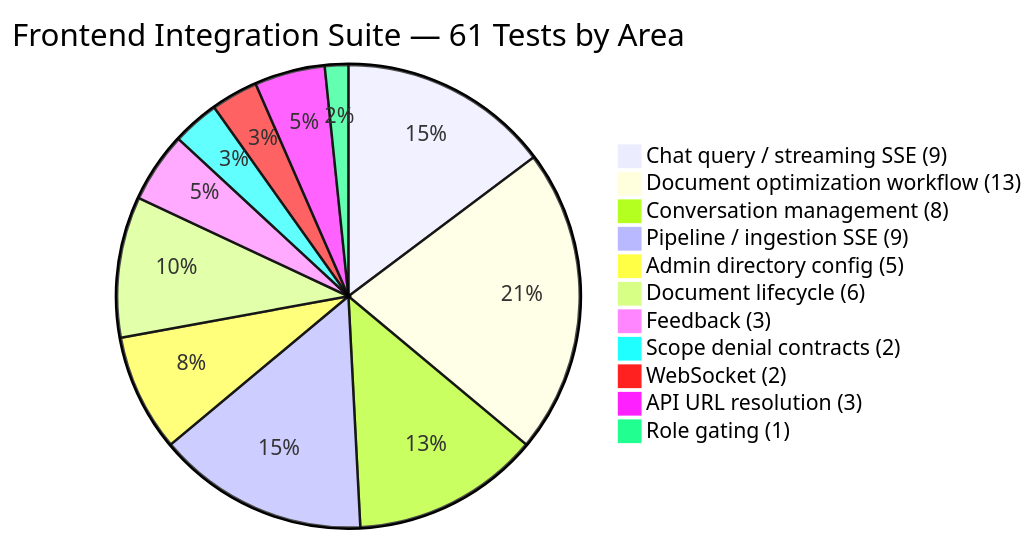
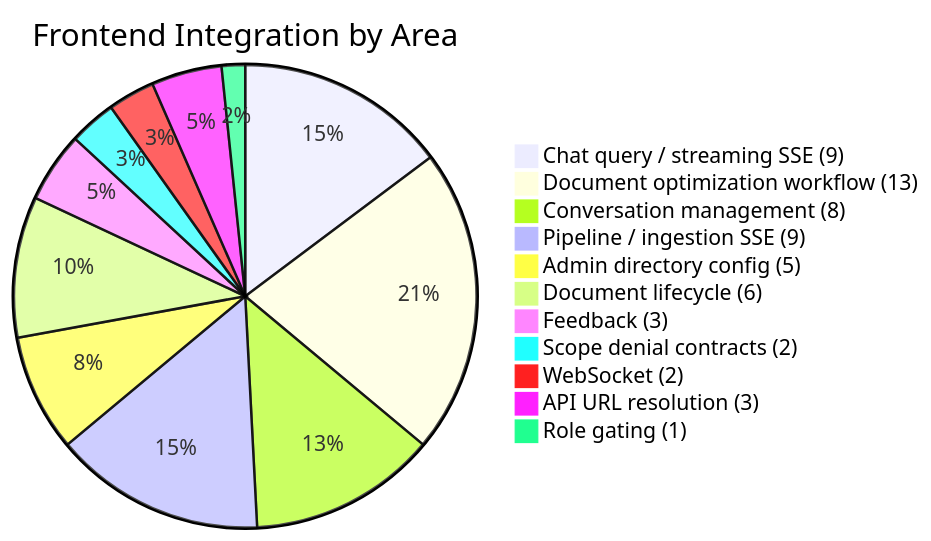
Before and after one commit to abedhossainn/PlantIQ: diagram 14 of 14 in docs/capstone/Final_Report.md, drawn with Mermaid. The commit also changed other lines of this file and 10 other files, not shown here.

````diff
--- a/docs/capstone/Final_Report.md
+++ b/docs/capstone/Final_Report.md
@@ -1595,14 +1628,14 @@
 ```mermaid
-pie title Frontend Integration Suite — 61 Tests by Area
+pie title Frontend Integration by Area
     "Chat query / streaming SSE (9)" : 9
     "Document optimization workflow (13)" : 13
     "Conversation management (8)" : 8
     "Pipeline / ingestion SSE (9)" : 9
     "Admin directory config (5)" : 5
     "Document lifecycle (6)" : 6
     "Feedback (3)" : 3
     "Scope denial contracts (2)" : 2
     "WebSocket (2)" : 2
     "API URL resolution (3)" : 3
     "Role gating (1)" : 1
 ```
````
